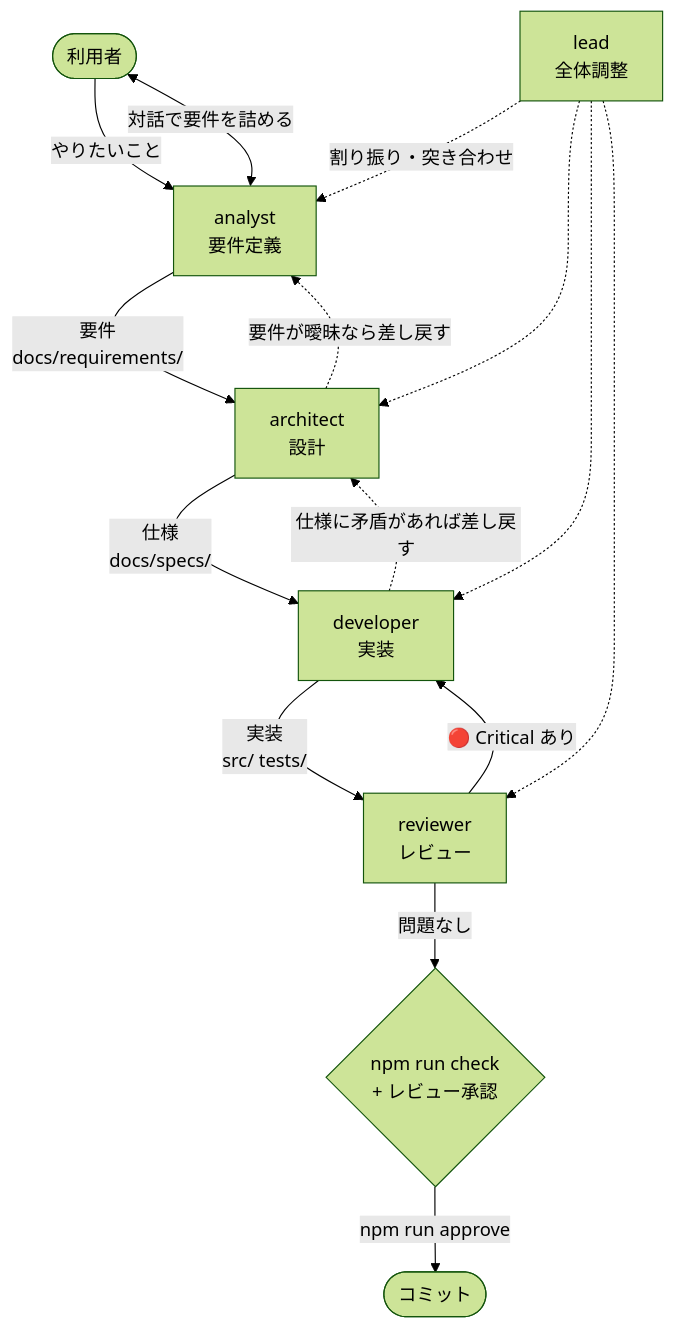
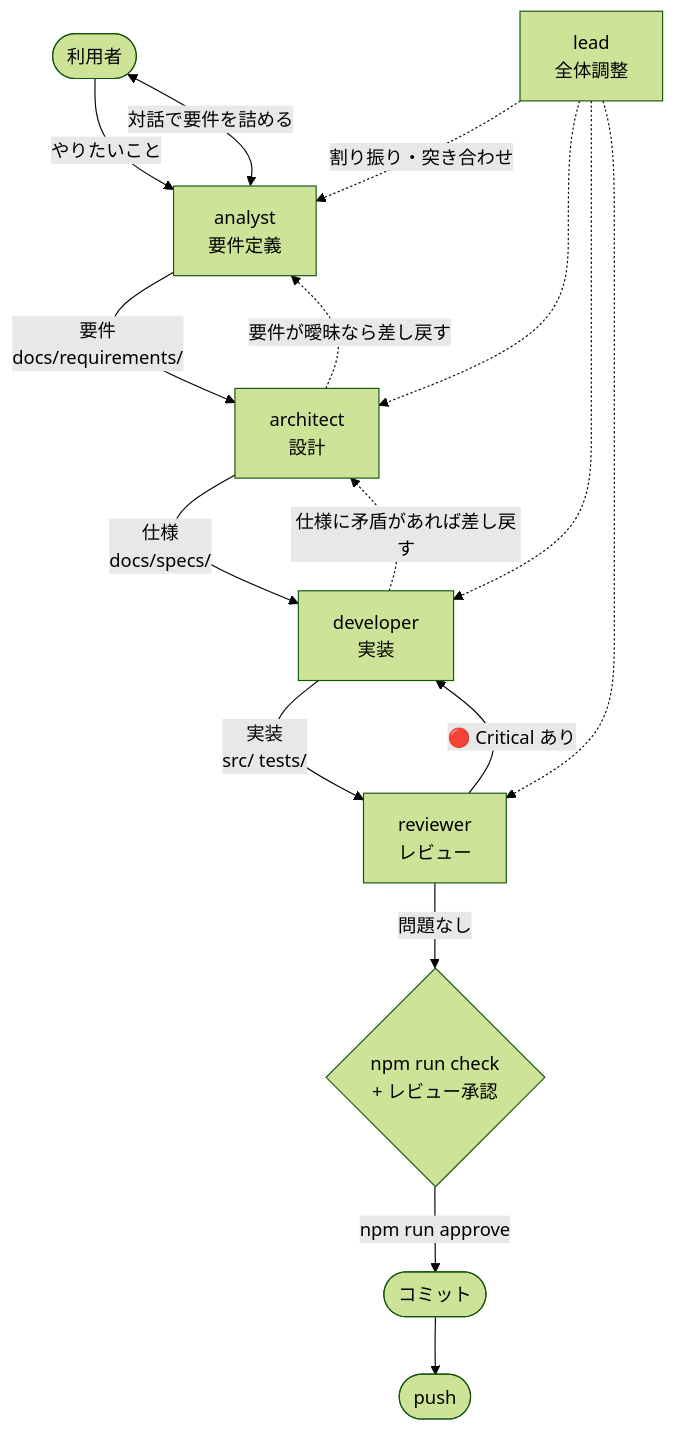
The first of 2 diagrams in docs/WORKFLOW.md (Harurow/chrome.ext.silent-tab), drawn with Mermaid (forest theme) before and after one commit. The commit also changed other lines of this file and 5 other files, not shown here.

````diff
--- a/docs/WORKFLOW.md
+++ b/docs/WORKFLOW.md
@@ -8,28 +8,30 @@
 ```mermaid
 flowchart TD
     USER(["利用者"])
     ANALYST["analyst<br/>要件定義"]
     ARCHITECT["architect<br/>設計"]
     DEVELOPER["developer<br/>実装"]
     REVIEWER["reviewer<br/>レビュー"]
     GATE{"npm run check<br/>+ レビュー承認"}
     COMMIT(["コミット"])
+    PUSH(["push"])
 
     USER -->|"やりたいこと"| ANALYST
     ANALYST <-->|"対話で要件を詰める"| USER
     ANALYST -->|"要件<br/>docs/requirements/"| ARCHITECT
     ARCHITECT -->|"仕様<br/>docs/specs/"| DEVELOPER
     DEVELOPER -->|"実装<br/>src/ tests/"| REVIEWER
     REVIEWER -->|"🔴 Critical あり"| DEVELOPER
     REVIEWER -->|"問題なし"| GATE
     GATE -->|"npm run approve"| COMMIT
+    COMMIT --> PUSH
 
     ARCHITECT -.->|"要件が曖昧なら差し戻す"| ANALYST
     DEVELOPER -.->|"仕様に矛盾があれば差し戻す"| ARCHITECT
 
     LEAD["lead<br/>全体調整"]
     LEAD -.->|"割り振り・突き合わせ"| ANALYST
     LEAD -.-> ARCHITECT
     LEAD -.-> DEVELOPER
     LEAD -.-> REVIEWER
 ```
````
